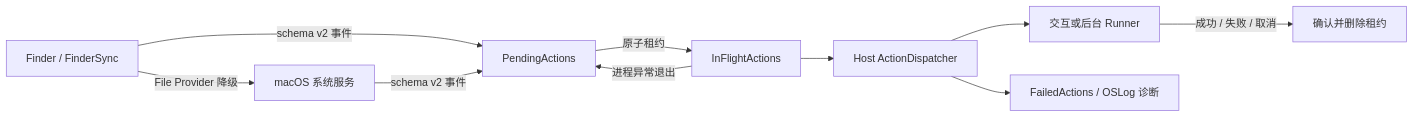
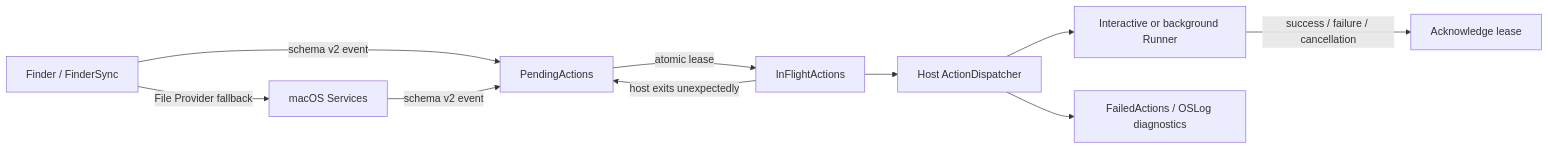
One commit to LightDevCoder/EasyRight changed the diagram in README.md. Above: the diagram before and after it, drawn with Mermaid. The commit also changed other lines of this file and 25 other files, not shown here.

````diff
--- a/README.md
+++ b/README.md
@@ -62,12 +62,12 @@
 ```mermaid
 flowchart LR
-    F[Finder / FinderSync] -->|schema v2 事件| P[PendingActions]
-    F -->|File Provider 降级| S[macOS 系统服务]
-    S -->|schema v2 事件| P
-    P -->|原子租约| I[InFlightActions]
+    F[Finder / FinderSync] -->|schema v2 event| P[PendingActions]
+    F -->|File Provider fallback| S[macOS Services]
+    S -->|schema v2 event| P
+    P -->|atomic lease| I[InFlightActions]
     I --> H[Host ActionDispatcher]
-    H --> R[交互或后台 Runner]
-    R -->|成功 / 失败 / 取消| A[确认并删除租约]
-    I -->|进程异常退出| P
-    H --> D[FailedActions / OSLog 诊断]
+    H --> R[Interactive or background Runner]
+    R -->|success / failure / cancellation| A[Acknowledge lease]
+    I -->|host exits unexpectedly| P
+    H --> D[FailedActions / OSLog diagnostics]
 ```
````
